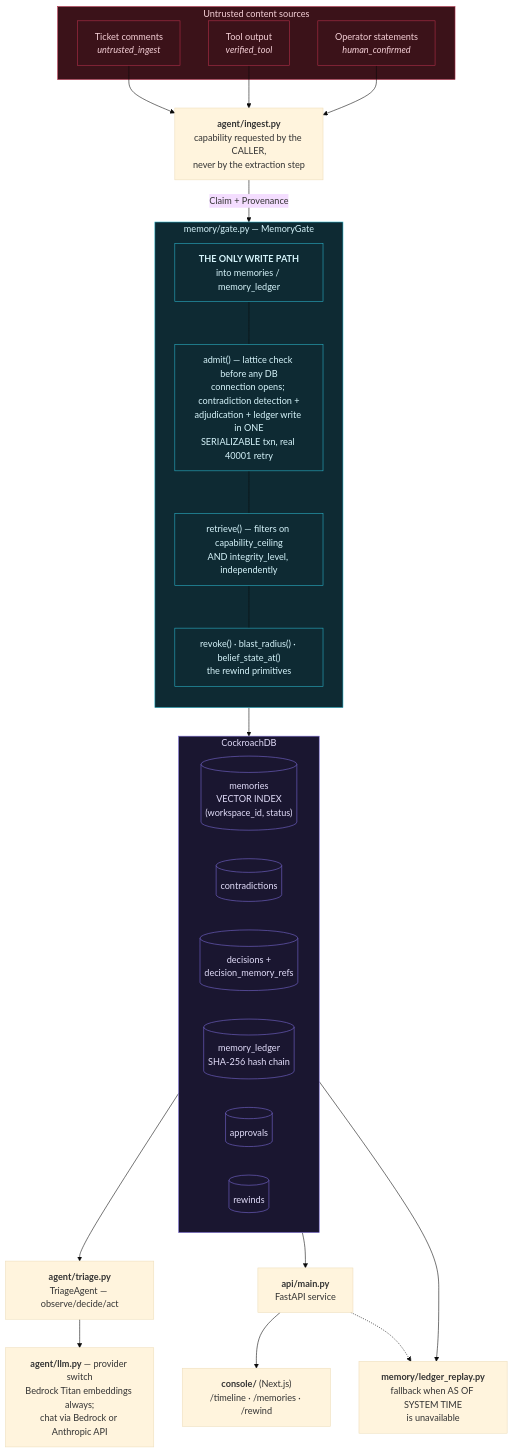
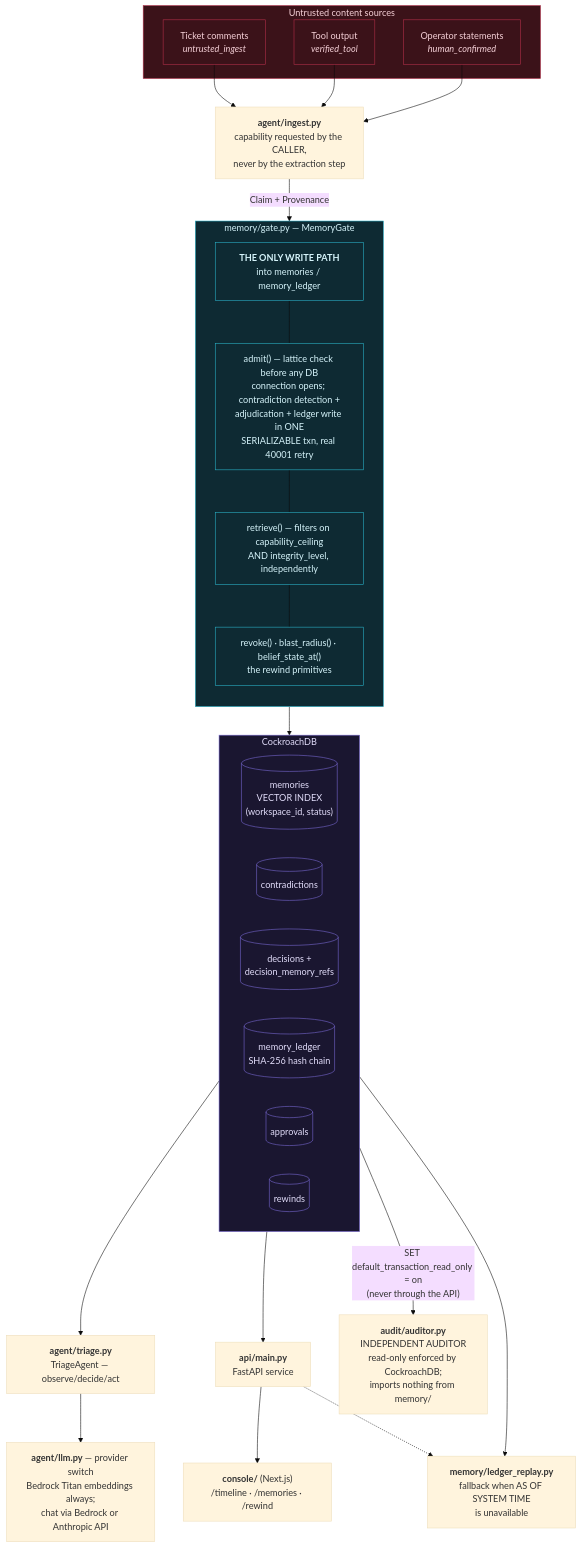
One commit to Unknown1502/palimpsest-memory-integrity changed the first of 5 diagrams in README.md. Above: the diagram before and after it, drawn with Mermaid (base theme). The commit also changed other lines of this file and 1 other file, not shown here.

````diff
--- a/README.md
+++ b/README.md
@@ -58,50 +103,52 @@
 ```mermaid
 flowchart TB
     subgraph SRC["Untrusted content sources"]
         S1["Ticket comments<br/><i>untrusted_ingest</i>"]
         S2["Tool output<br/><i>verified_tool</i>"]
         S3["Operator statements<br/><i>human_confirmed</i>"]
     end
 
     ING["<b>agent/ingest.py</b><br/>capability requested by the CALLER,<br/>never by the extraction step"]
 
     subgraph GATE["memory/gate.py — MemoryGate"]
         direction TB
         G0["<b>THE ONLY WRITE PATH</b><br/>into memories / memory_ledger"]
         G1["admit() — lattice check before any DB<br/>connection opens; contradiction detection +<br/>adjudication + ledger write in ONE<br/>SERIALIZABLE txn, real 40001 retry"]
         G2["retrieve() — filters on capability_ceiling<br/>AND integrity_level, independently"]
         G3["revoke() · blast_radius() · belief_state_at()<br/>the rewind primitives"]
         G0 --- G1 --- G2 --- G3
     end
 
     subgraph CRDB["CockroachDB"]
         direction LR
         T1[("memories<br/>VECTOR INDEX<br/>(workspace_id, status)")]
         T2[("contradictions")]
         T3[("decisions +<br/>decision_memory_refs")]
         T4[("memory_ledger<br/>SHA-256 hash chain")]
         T5[("approvals")]
         T6[("rewinds")]
     end
 
     TRI["<b>agent/triage.py</b><br/>TriageAgent — observe/decide/act"]
     API["<b>api/main.py</b><br/>FastAPI service"]
     REP["<b>memory/ledger_replay.py</b><br/>fallback when AS OF SYSTEM TIME<br/>is unavailable"]
     LLM["<b>agent/llm.py</b> — provider switch<br/>Bedrock Titan embeddings always;<br/>chat via Bedrock or Anthropic API"]
     CON["<b>console/</b> (Next.js)<br/>/timeline · /memories · /rewind"]
+    AUD["<b>audit/auditor.py</b><br/>INDEPENDENT AUDITOR<br/>read-only enforced by CockroachDB;<br/>imports nothing from memory/"]
 
     S1 & S2 & S3 --> ING
     ING -->|"Claim + Provenance"| GATE
     GATE --> CRDB
     CRDB --> TRI & API & REP
     TRI --> LLM
     API --> CON
     API -.-> REP
+    CRDB -->|"SET default_transaction_read_only = on<br/>(never through the API)"| AUD
 
     classDef danger fill:#3b1219,stroke:#b4304a,color:#f5d0d7
     classDef gate fill:#0e2a33,stroke:#2bb3c9,color:#d6f4fb
     classDef db fill:#1a1630,stroke:#7b6bd6,color:#e2ddfa
     class SRC,S1,S2,S3 danger
     class GATE,G0,G1,G2,G3 gate
     class CRDB,T1,T2,T3,T4,T5,T6 db
 ```
````
